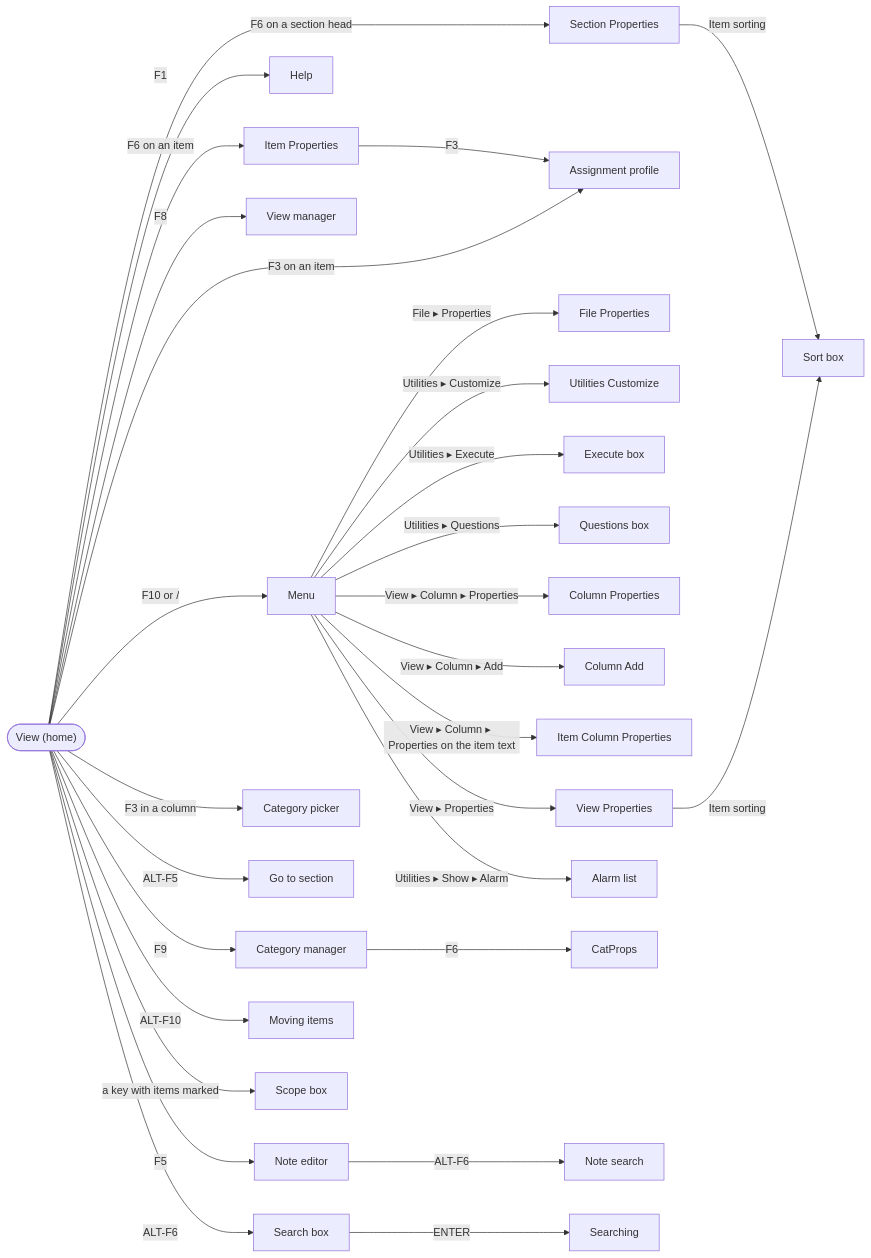
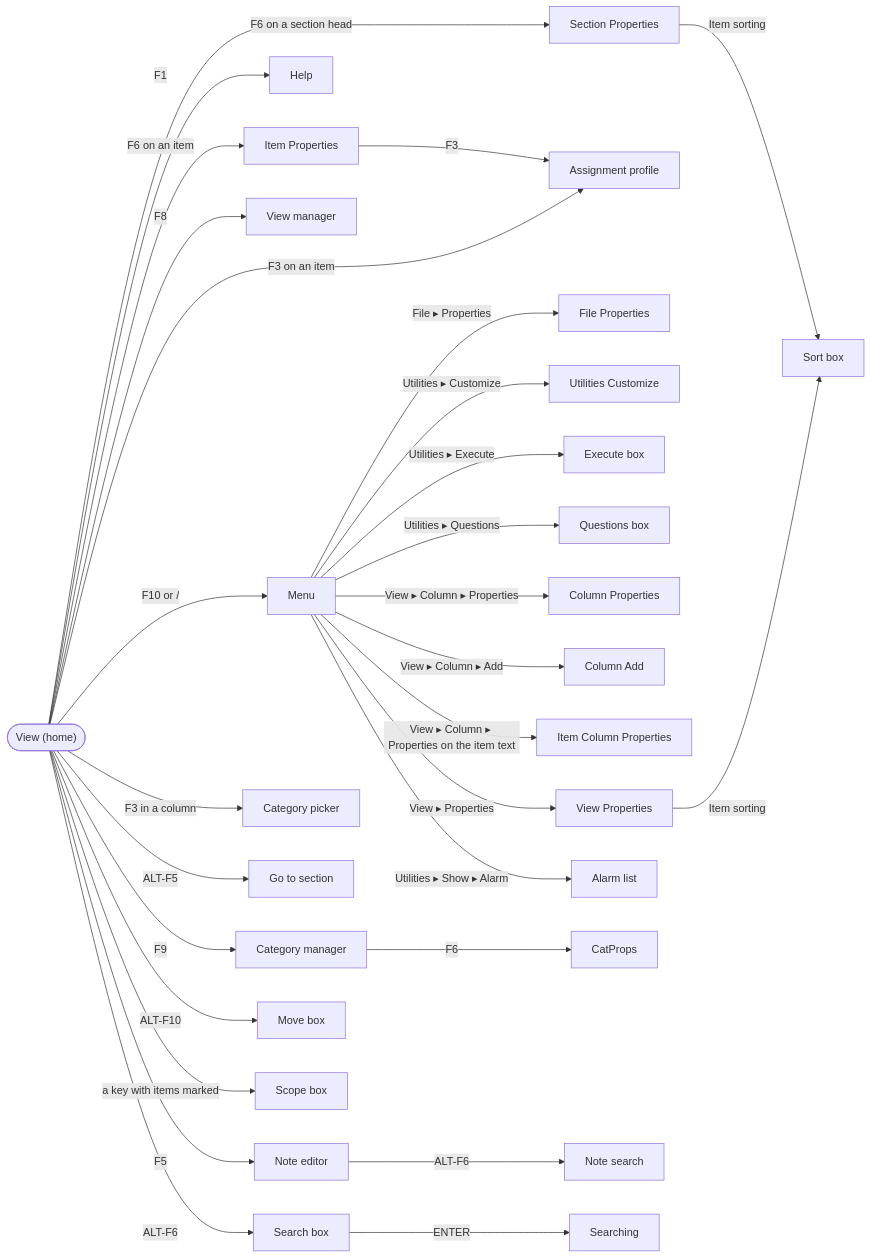
Before and after one commit to jamting/agendum: the first of 2 diagrams in docs/SCREENS.md, drawn with Mermaid. The commit also changed other lines of this file and 27 other files, not shown here.

First line of the commit message:
ALT-F10 on an item opens Agenda's Move box of the sections (R26)

````diff
--- a/docs/SCREENS.md
+++ b/docs/SCREENS.md
@@ -19,32 +19,32 @@
 ```mermaid
 flowchart LR
     View(["View (home)"])
     View -- "F10 or /" --> Menu["Menu"]
     View -- F1 --> Help["Help"]
     View -- F9 --> CatMgr["Category manager"]
     View -- F8 --> ViewMgr["View manager"]
     View -- F5 --> Note["Note editor"]
     View -- "F6 on an item" --> ItemProps["Item Properties"]
     View -- "F6 on a section head" --> SectProps["Section Properties"]
     View -- "F3 on an item" --> Profile["Assignment profile"]
     View -- "F3 in a column" --> Picker["Category picker"]
     View -- ALT-F5 --> GoTo["Go to section"]
     View -- ALT-F6 --> SearchBox["Search box"]
-    View -- "ALT-F10" --> MoveItem["Moving items"]
+    View -- "ALT-F10" --> MoveItem["Move box"]
     View -- "a key with items marked" --> Scope["Scope box"]
     Menu -- "File ▸ Properties" --> FileProps["File Properties"]
     Menu -- "Utilities ▸ Customize" --> Customize["Utilities Customize"]
     Menu -- "Utilities ▸ Execute" --> Execute["Execute box"]
     Menu -- "Utilities ▸ Questions" --> Questions["Questions box"]
     Menu -- "View ▸ Column ▸ Properties" --> ColProps["Column Properties"]
     Menu -- "View ▸ Column ▸ Add" --> ColAdd["Column Add"]
     Menu -- "View ▸ Column ▸ Properties on the item text" --> ItemCol["Item Column Properties"]
     Menu -- "View ▸ Properties" --> ViewProps["View Properties"]
     ViewProps -- "Item sorting" --> Sort["Sort box"]
     SectProps -- "Item sorting" --> Sort
     Menu -- "Utilities ▸ Show ▸ Alarm" --> Alarms["Alarm list"]
     CatMgr -- F6 --> CatProps
     ItemProps -- F3 --> Profile
     Note -- ALT-F6 --> NoteSearch["Note search"]
     SearchBox -- ENTER --> Searching["Searching"]
 ```
````
